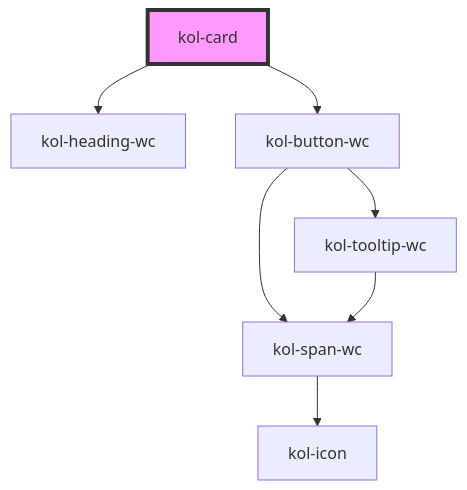
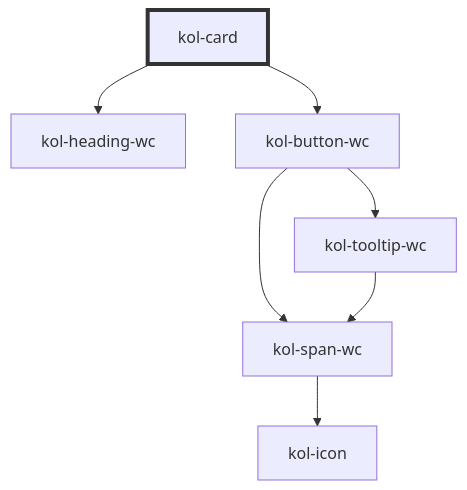
The diagram in packages/components/src/components/card/readme.md (public-ui/kolibri), drawn with Mermaid before and after one commit. The commit also changed 40 other files, not shown here.

````diff
--- a/packages/components/src/components/card/readme.md
+++ b/packages/components/src/components/card/readme.md
@@ -93,10 +93,10 @@
 ```mermaid
 graph TD;
   kol-card --> kol-heading-wc
   kol-card --> kol-button-wc
   kol-button-wc --> kol-span-wc
   kol-button-wc --> kol-tooltip-wc
   kol-span-wc --> kol-icon
   kol-tooltip-wc --> kol-span-wc
-  style kol-card fill:#f9f,stroke:#333,stroke-width:4px
+  style kol-card stroke:#333,stroke-width:4px
 ```
````
